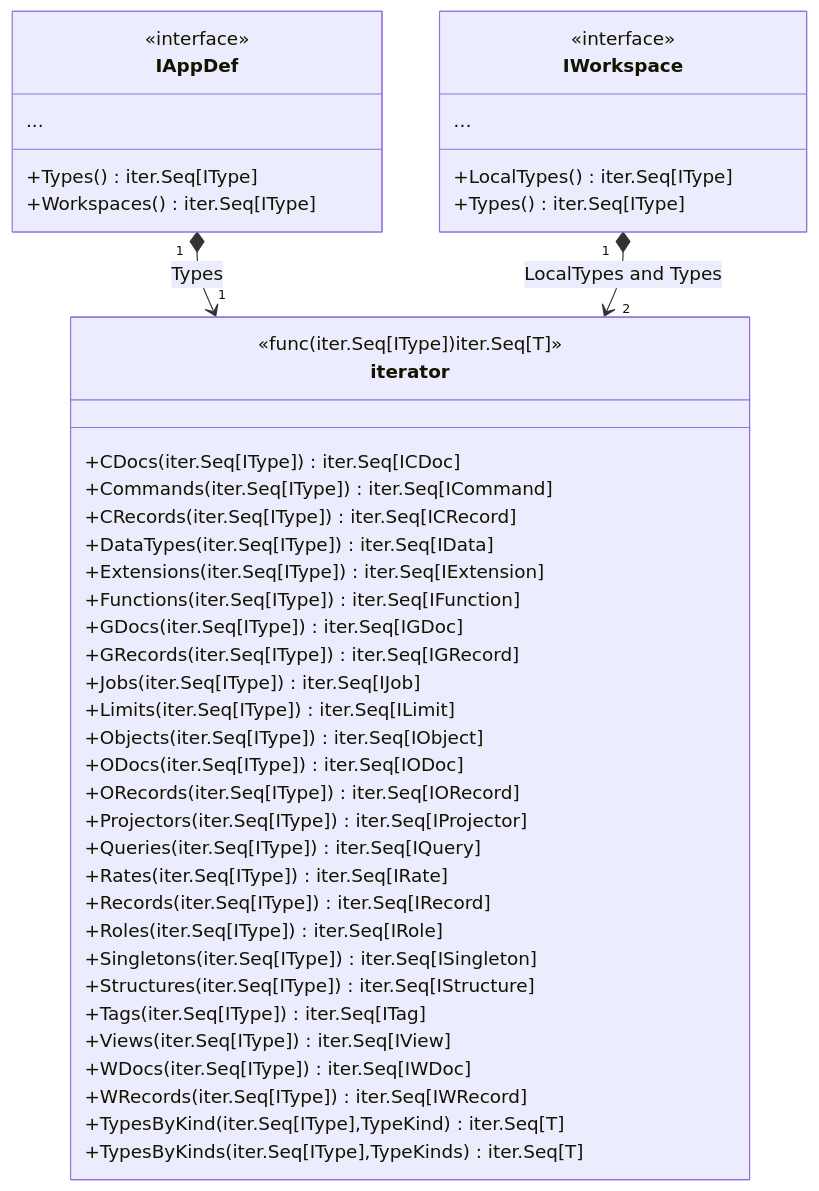
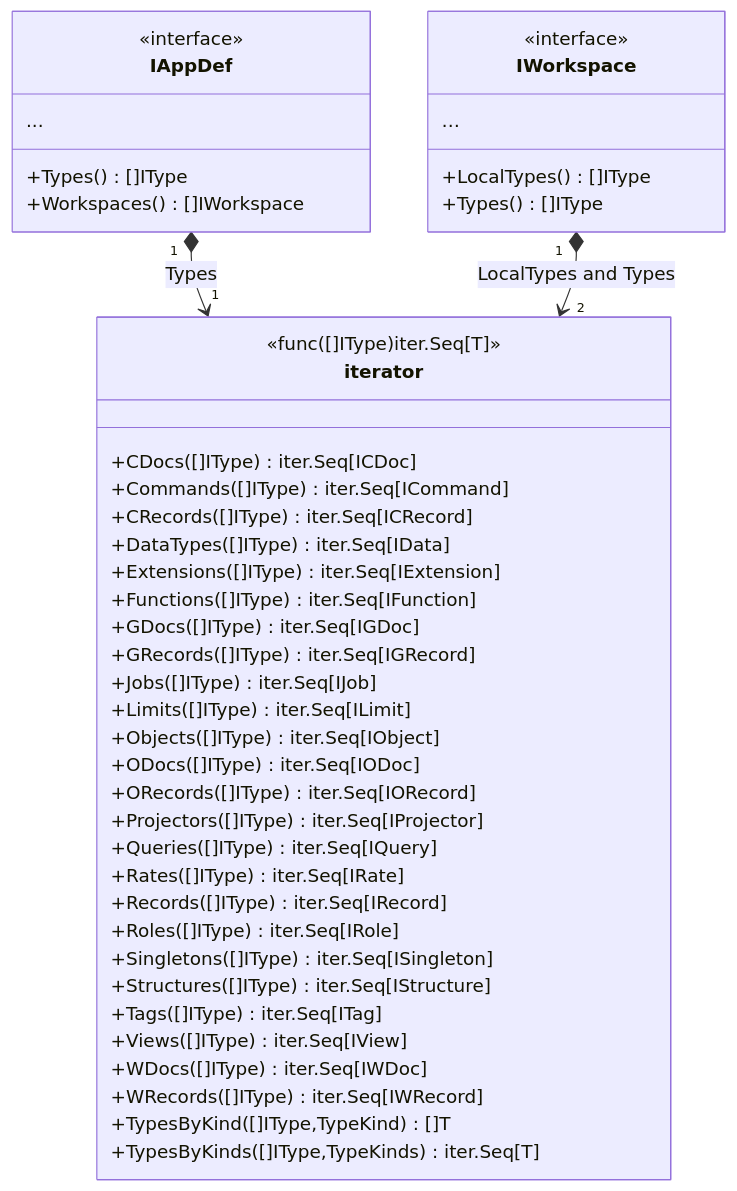
The second of 9 diagrams in pkg/appdef/README.md (voedger/voedger), drawn with Mermaid before and after one commit. The commit also changed other lines of this file and 2 other files, not shown here.

Commit message:
appdef: README

````diff
--- a/pkg/appdef/README.md
+++ b/pkg/appdef/README.md
@@ -200,52 +200,52 @@
 ```mermaid
 classDiagram
 
   class IAppDef {
     <<interface>>
-    +Types() iter.Seq[IType]
-    +Workspaces() iter.Seq[IType]
+    +Types() []IType
+    +Workspaces() []IWorkspace
     ...
   }
   IAppDef "1" *--> "1" iterator : Types
 
   class IWorkspace {
     <<interface>>
-    +LocalTypes()iter.Seq[IType]
-    +Types()iter.Seq[IType]
+    +LocalTypes()[]IType
+    +Types()[]IType
     …
   }
   IWorkspace "1" *--> "2" iterator : LocalTypes and Types
 
   class iterator {
-    <<func(iter.Seq[IType])iter.Seq[T]>>
+    <<func([]IType)iter.Seq[T]>>
     
-    +CDocs(iter.Seq[IType]) iter.Seq[ICDoc]
-    +Commands(iter.Seq[IType]) iter.Seq[ICommand]
-    +CRecords(iter.Seq[IType]) iter.Seq[ICRecord]
-    +DataTypes(iter.Seq[IType]) iter.Seq[IData]
-    +Extensions(iter.Seq[IType]) iter.Seq[IExtension]
-    +Functions(iter.Seq[IType]) iter.Seq[IFunction]
-    +GDocs(iter.Seq[IType]) iter.Seq[IGDoc]
-    +GRecords(iter.Seq[IType]) iter.Seq[IGRecord]
-    +Jobs(iter.Seq[IType]) iter.Seq[IJob]
-    +Limits(iter.Seq[IType]) iter.Seq[ILimit]
-    +Objects(iter.Seq[IType]) iter.Seq[IObject]
-    +ODocs(iter.Seq[IType]) iter.Seq[IODoc]
-    +ORecords(iter.Seq[IType]) iter.Seq[IORecord]
-    +Projectors(iter.Seq[IType]) iter.Seq[IProjector]
-    +Queries(iter.Seq[IType]) iter.Seq[IQuery]
-    +Rates(iter.Seq[IType]) iter.Seq[IRate]
-    +Records(iter.Seq[IType]) iter.Seq[IRecord]
-    +Roles(iter.Seq[IType]) iter.Seq[IRole]
-    +Singletons(iter.Seq[IType]) iter.Seq[ISingleton]
-    +Structures(iter.Seq[IType]) iter.Seq[IStructure]
-    +Tags(iter.Seq[IType]) iter.Seq[ITag]
-    +Views(iter.Seq[IType]) iter.Seq[IView]
-    +WDocs(iter.Seq[IType]) iter.Seq[IWDoc]
-    +WRecords(iter.Seq[IType]) iter.Seq[IWRecord]
+    +CDocs([]IType) iter.Seq[ICDoc]
+    +Commands([]IType) iter.Seq[ICommand]
+    +CRecords([]IType) iter.Seq[ICRecord]
+    +DataTypes([]IType) iter.Seq[IData]
+    +Extensions([]IType) iter.Seq[IExtension]
+    +Functions([]IType) iter.Seq[IFunction]
+    +GDocs([]IType) iter.Seq[IGDoc]
+    +GRecords([]IType) iter.Seq[IGRecord]
+    +Jobs([]IType) iter.Seq[IJob]
+    +Limits([]IType) iter.Seq[ILimit]
+    +Objects([]IType) iter.Seq[IObject]
+    +ODocs([]IType) iter.Seq[IODoc]
+    +ORecords([]IType) iter.Seq[IORecord]
+    +Projectors([]IType) iter.Seq[IProjector]
+    +Queries([]IType) iter.Seq[IQuery]
+    +Rates([]IType) iter.Seq[IRate]
+    +Records([]IType) iter.Seq[IRecord]
+    +Roles([]IType) iter.Seq[IRole]
+    +Singletons([]IType) iter.Seq[ISingleton]
+    +Structures([]IType) iter.Seq[IStructure]
+    +Tags([]IType) iter.Seq[ITag]
+    +Views([]IType) iter.Seq[IView]
+    +WDocs([]IType) iter.Seq[IWDoc]
+    +WRecords([]IType) iter.Seq[IWRecord]
 
-    +TypesByKind(iter.Seq[IType],TypeKind) iter.Seq[T]
-    +TypesByKinds(iter.Seq[IType],TypeKinds) iter.Seq[T]
+    +TypesByKind([]IType,TypeKind) []T
+    +TypesByKinds([]IType,TypeKinds) iter.Seq[T]
   }
 
 ```
````
